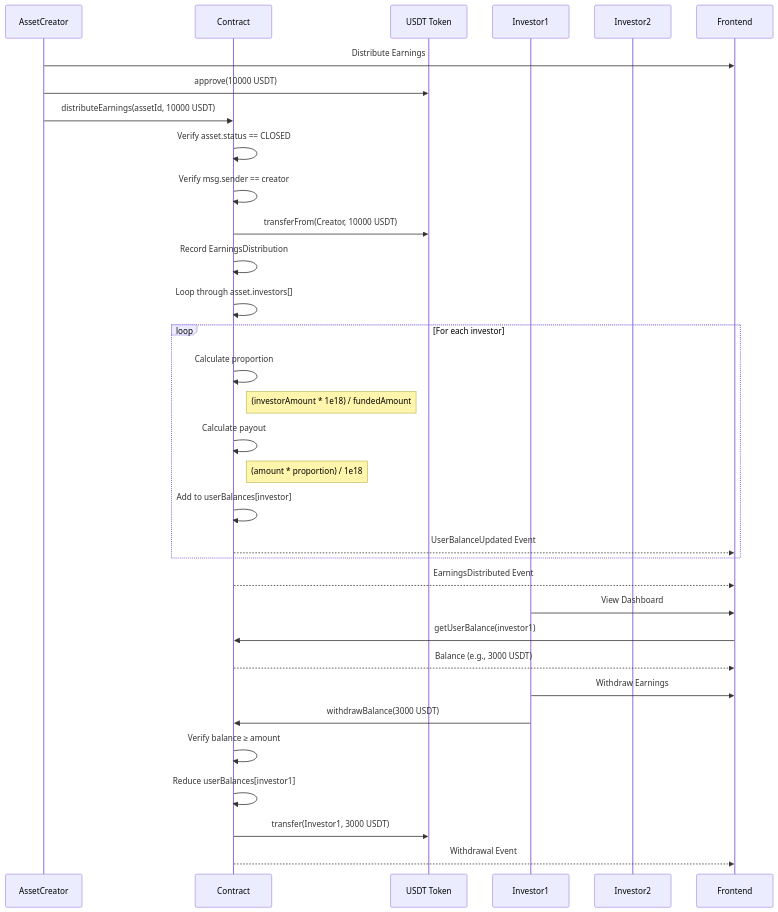
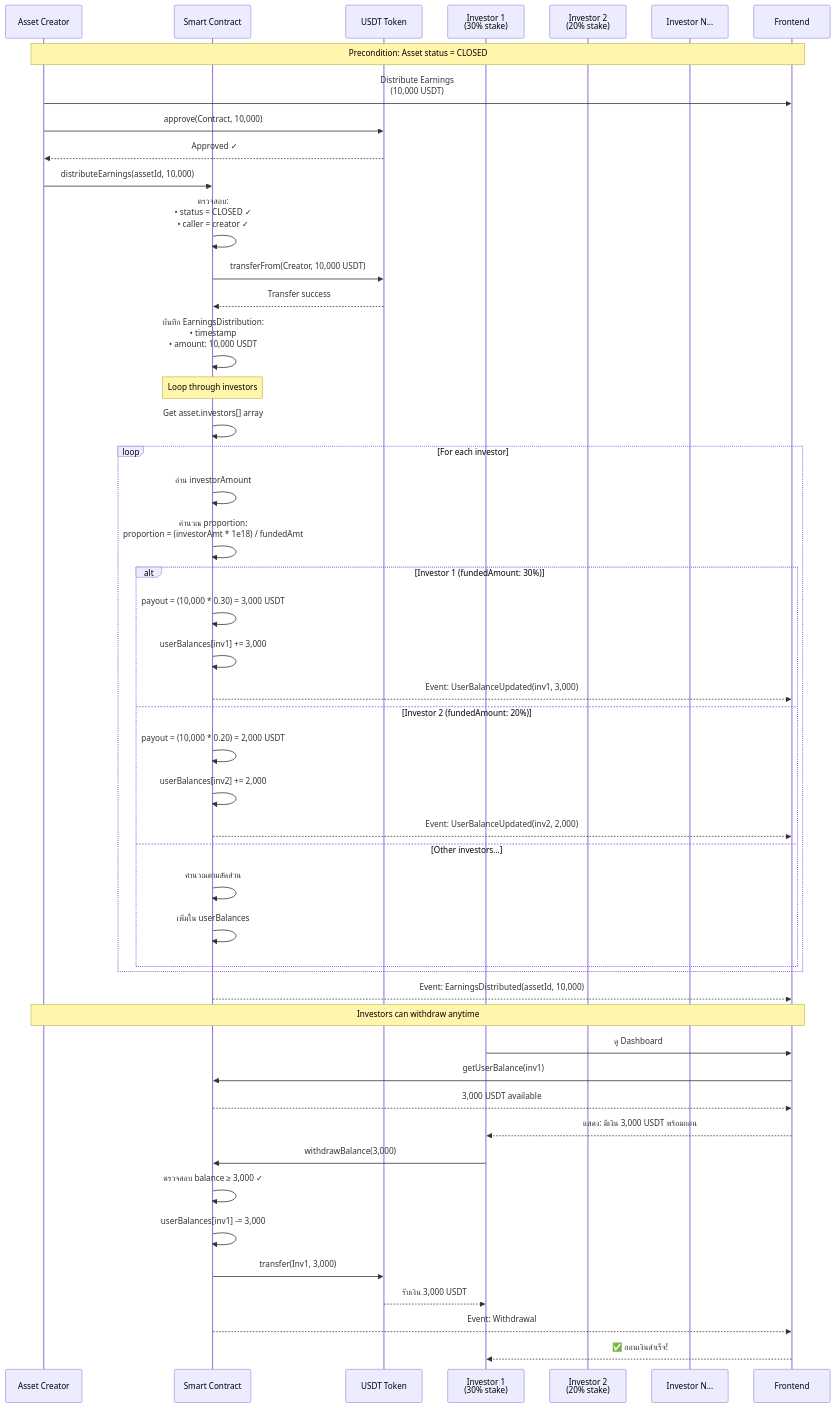
Before and after one commit to Phattarapong26/FinalDAOApp: the fifth of 5 diagrams in README.md, drawn with Mermaid. The commit also changed other lines of this file, not shown here.

````diff
--- a/README.md
+++ b/README.md
@@ -322,42 +1042,64 @@
 ```mermaid
 sequenceDiagram
-    participant AssetCreator
-    participant Contract
-    participant USDT Token
-    participant Investor1
-    participant Investor2
-    participant Frontend
-
-    AssetCreator->>Frontend: Distribute Earnings
-    AssetCreator->>USDT Token: approve(10000 USDT)
-    AssetCreator->>Contract: distributeEarnings(assetId, 10000 USDT)
+    participant Creator as Asset Creator
+    participant SC as Smart Contract
+    participant USDT as USDT Token
+    participant Inv1 as Investor 1<br/>(30% stake)
+    participant Inv2 as Investor 2<br/>(20% stake)
+    participant InvN as Investor N...
+    participant UI as Frontend
     
-    Contract->>Contract: Verify asset.status == CLOSED
-    Contract->>Contract: Verify msg.sender == creator
-    Contract->>USDT Token: transferFrom(Creator, 10000 USDT)
+    Note over Creator,UI: Precondition: Asset status = CLOSED
     
-    Contract->>Contract: Record EarningsDistribution
-    Contract->>Contract: Loop through asset.investors[]
+    Creator->>UI: Distribute Earnings<br/>(10,000 USDT)
+    Creator->>USDT: approve(Contract, 10,000)
+    USDT-->>Creator: Approved ✓
+    
+    Creator->>SC: distributeEarnings(assetId, 10,000)
+    
+    SC->>SC: ตรวจสอบ:<br/>• status = CLOSED ✓<br/>• caller = creator ✓
+    
+    SC->>USDT: transferFrom(Creator, 10,000 USDT)
+    USDT-->>SC: Transfer success
+    
+    SC->>SC: บันทึก EarningsDistribution:<br/>• timestamp<br/>• amount: 10,000 USDT
+    
+    Note over SC: Loop through investors
+    
+    SC->>SC: Get asset.investors[] array
     
     loop For each investor
-        Contract->>Contract: Calculate proportion
-        Note right of Contract: (investorAmount * 1e18) / fundedAmount
-        Contract->>Contract: Calculate payout
-        Note right of Contract: (amount * proportion) / 1e18
-        Contract->>Contract: Add to userBalances[investor]
-        Contract-->>Frontend: UserBalanceUpdated Event
+        SC->>SC: อ่าน investorAmount
+        SC->>SC: คำนวณ proportion:<br/>proportion = (investorAmt * 1e18) / fundedAmt
+        
+        alt Investor 1 (fundedAmount: 30%)
+            SC->>SC: payout = (10,000 * 0.30) = 3,000 USDT
+            SC->>SC: userBalances[inv1] += 3,000
+            SC-->>UI: Event: UserBalanceUpdated(inv1, 3,000)
+        else Investor 2 (fundedAmount: 20%)
+            SC->>SC: payout = (10,000 * 0.20) = 2,000 USDT
+            SC->>SC: userBalances[inv2] += 2,000
+            SC-->>UI: Event: UserBalanceUpdated(inv2, 2,000)
+        else Other investors...
+            SC->>SC: คำนวณตามสัดส่วน
+            SC->>SC: เพิ่มใน userBalances
+        end
     end
     
-    Contract-->>Frontend: EarningsDistributed Event
+    SC-->>UI: Event: EarningsDistributed(assetId, 10,000)
     
-    Investor1->>Frontend: View Dashboard
-    Frontend->>Contract: getUserBalance(investor1)
-    Contract-->>Frontend: Balance (e.g., 3000 USDT)
+    Note over Creator,UI: Investors can withdraw anytime
     
-    Investor1->>Frontend: Withdraw Earnings
-    Investor1->>Contract: withdrawBalance(3000 USDT)
-    Contract->>Contract: Verify balance ≥ amount
-    Contract->>Contract: Reduce userBalances[investor1]
-    Contract->>USDT Token: transfer(Investor1, 3000 USDT)
-    Contract-->>Frontend: Withdrawal Event
+    Inv1->>UI: ดู Dashboard
+    UI->>SC: getUserBalance(inv1)
+    SC-->>UI: 3,000 USDT available
+    UI-->>Inv1: แสดง: มีเงิน 3,000 USDT พร้อมถอน
+    
+    Inv1->>SC: withdrawBalance(3,000)
+    SC->>SC: ตรวจสอบ balance ≥ 3,000 ✓
+    SC->>SC: userBalances[inv1] -= 3,000
+    SC->>USDT: transfer(Inv1, 3,000)
+    USDT-->>Inv1: รับเงิน 3,000 USDT
+    SC-->>UI: Event: Withdrawal
+    UI-->>Inv1: ✅ ถอนเงินสำเร็จ!
 ```
````
